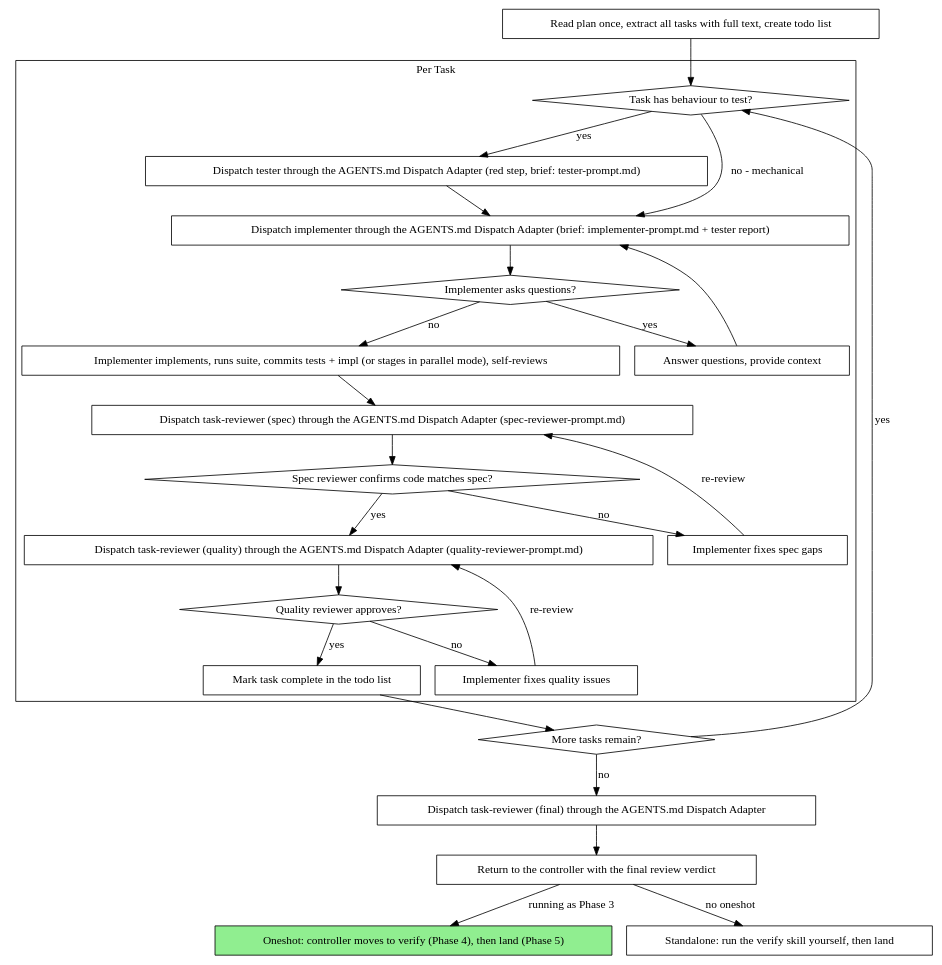
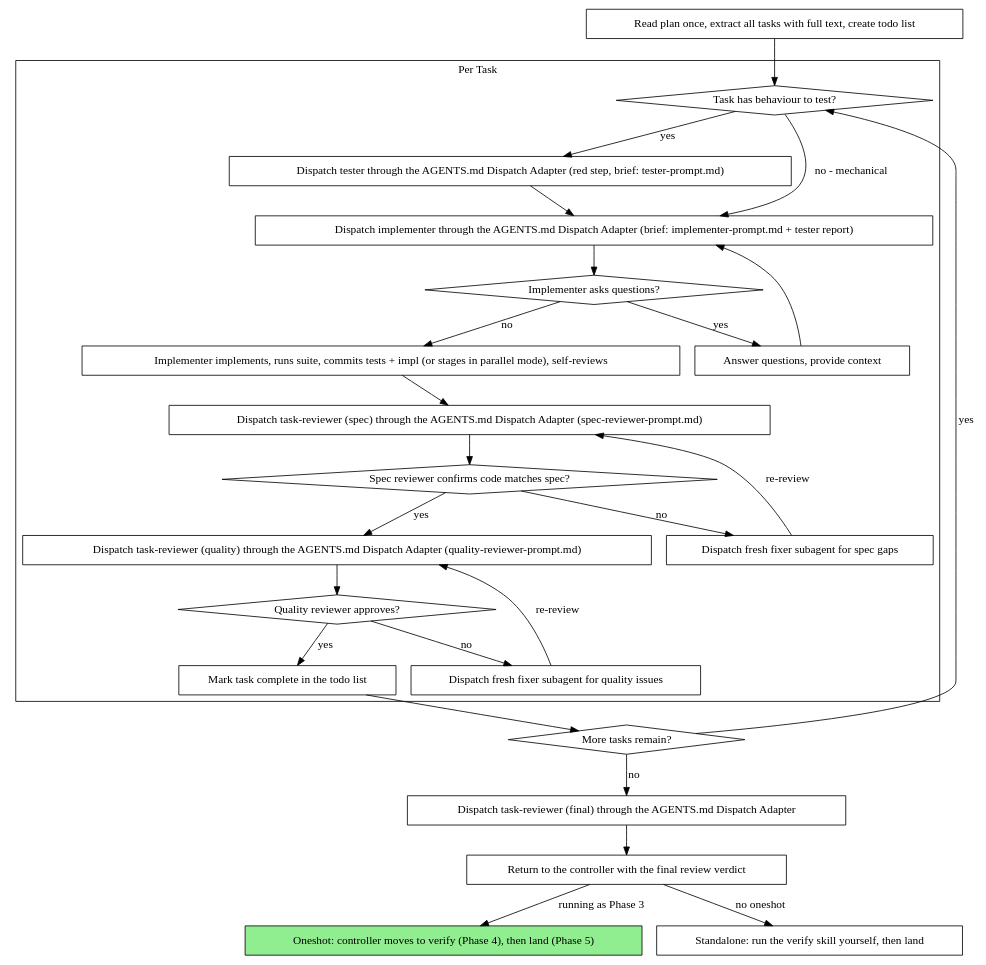
Before and after one commit to DennisLoska/skills: the second of 3 diagrams in skills/dispatch/SKILL.md, drawn with Graphviz. The commit also changed other lines of this file and 9 other files, not shown here.

````diff
--- a/skills/dispatch/SKILL.md
+++ b/skills/dispatch/SKILL.md
@@ -67,53 +71,53 @@
 ```dot
 digraph process {
     rankdir=TB;
 
     subgraph cluster_per_task {
         label="Per Task";
         "Task has behaviour to test?" [shape=diamond];
         "Dispatch tester through the AGENTS.md Dispatch Adapter (red step, brief: tester-prompt.md)" [shape=box];
         "Dispatch implementer through the AGENTS.md Dispatch Adapter (brief: implementer-prompt.md + tester report)" [shape=box];
         "Implementer asks questions?" [shape=diamond];
         "Answer questions, provide context" [shape=box];
         "Implementer implements, runs suite, commits tests + impl (or stages in parallel mode), self-reviews" [shape=box];
         "Dispatch task-reviewer (spec) through the AGENTS.md Dispatch Adapter (spec-reviewer-prompt.md)" [shape=box];
         "Spec reviewer confirms code matches spec?" [shape=diamond];
-        "Implementer fixes spec gaps" [shape=box];
+        "Dispatch fresh fixer subagent for spec gaps" [shape=box];
         "Dispatch task-reviewer (quality) through the AGENTS.md Dispatch Adapter (quality-reviewer-prompt.md)" [shape=box];
         "Quality reviewer approves?" [shape=diamond];
-        "Implementer fixes quality issues" [shape=box];
+        "Dispatch fresh fixer subagent for quality issues" [shape=box];
         "Mark task complete in the todo list" [shape=box];
     }
 
     "Read plan once, extract all tasks with full text, create todo list" [shape=box];
     "More tasks remain?" [shape=diamond];
     "Dispatch task-reviewer (final) through the AGENTS.md Dispatch Adapter" [shape=box];
     "Return to the controller with the final review verdict" [shape=box];
     "Oneshot: controller moves to verify (Phase 4), then land (Phase 5)" [shape=box style=filled fillcolor=lightgreen];
     "Standalone: run the verify skill yourself, then land" [shape=box];
 
     "Read plan once, extract all tasks with full text, create todo list" -> "Task has behaviour to test?";
     "Task has behaviour to test?" -> "Dispatch tester through the AGENTS.md Dispatch Adapter (red step, brief: tester-prompt.md)" [label="yes"];
     "Task has behaviour to test?" -> "Dispatch implementer through the AGENTS.md Dispatch Adapter (brief: implementer-prompt.md + tester report)" [label="no - mechanical"];
     "Dispatch tester through the AGENTS.md Dispatch Adapter (red step, brief: tester-prompt.md)" -> "Dispatch implementer through the AGENTS.md Dispatch Adapter (brief: implementer-prompt.md + tester report)";
     "Dispatch implementer through the AGENTS.md Dispatch Adapter (brief: implementer-prompt.md + tester report)" -> "Implementer asks questions?";
     "Implementer asks questions?" -> "Answer questions, provide context" [label="yes"];
     "Answer questions, provide context" -> "Dispatch implementer through the AGENTS.md Dispatch Adapter (brief: implementer-prompt.md + tester report)";
     "Implementer asks questions?" -> "Implementer implements, runs suite, commits tests + impl (or stages in parallel mode), self-reviews" [label="no"];
     "Implementer implements, runs suite, commits tests + impl (or stages in parallel mode), self-reviews" -> "Dispatch task-reviewer (spec) through the AGENTS.md Dispatch Adapter (spec-reviewer-prompt.md)";
     "Dispatch task-reviewer (spec) through the AGENTS.md Dispatch Adapter (spec-reviewer-prompt.md)" -> "Spec reviewer confirms code matches spec?";
-    "Spec reviewer confirms code matches spec?" -> "Implementer fixes spec gaps" [label="no"];
-    "Implementer fixes spec gaps" -> "Dispatch task-reviewer (spec) through the AGENTS.md Dispatch Adapter (spec-reviewer-prompt.md)" [label="re-review"];
+    "Spec reviewer confirms code matches spec?" -> "Dispatch fresh fixer subagent for spec gaps" [label="no"];
+    "Dispatch fresh fixer subagent for spec gaps" -> "Dispatch task-reviewer (spec) through the AGENTS.md Dispatch Adapter (spec-reviewer-prompt.md)" [label="re-review"];
     "Spec reviewer confirms code matches spec?" -> "Dispatch task-reviewer (quality) through the AGENTS.md Dispatch Adapter (quality-reviewer-prompt.md)" [label="yes"];
     "Dispatch task-reviewer (quality) through the AGENTS.md Dispatch Adapter (quality-reviewer-prompt.md)" -> "Quality reviewer approves?";
-    "Quality reviewer approves?" -> "Implementer fixes quality issues" [label="no"];
-    "Implementer fixes quality issues" -> "Dispatch task-reviewer (quality) through the AGENTS.md Dispatch Adapter (quality-reviewer-prompt.md)" [label="re-review"];
+    "Quality reviewer approves?" -> "Dispatch fresh fixer subagent for quality issues" [label="no"];
+    "Dispatch fresh fixer subagent for quality issues" -> "Dispatch task-reviewer (quality) through the AGENTS.md Dispatch Adapter (quality-reviewer-prompt.md)" [label="re-review"];
     "Quality reviewer approves?" -> "Mark task complete in the todo list" [label="yes"];
     "Mark task complete in the todo list" -> "More tasks remain?";
     "More tasks remain?" -> "Task has behaviour to test?" [label="yes"];
     "More tasks remain?" -> "Dispatch task-reviewer (final) through the AGENTS.md Dispatch Adapter" [label="no"];
     "Dispatch task-reviewer (final) through the AGENTS.md Dispatch Adapter" -> "Return to the controller with the final review verdict";
     "Return to the controller with the final review verdict" -> "Oneshot: controller moves to verify (Phase 4), then land (Phase 5)" [label="running as Phase 3"];
     "Return to the controller with the final review verdict" -> "Standalone: run the verify skill yourself, then land" [label="no oneshot"];
 }
 ```
````
